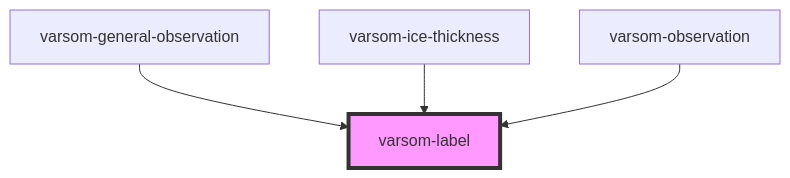
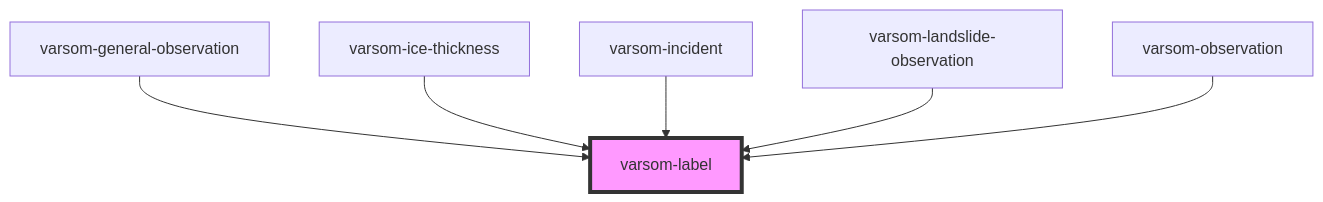
The diagram in observasjonskort/src/components/varsom-label/readme.md (NVE/varsom-observation), drawn with Mermaid before and after one commit. The commit also changed other lines of this file and 7 other files, not shown here.

````diff
--- a/observasjonskort/src/components/varsom-label/readme.md
+++ b/observasjonskort/src/components/varsom-label/readme.md
@@ -24,7 +26,9 @@
 ```mermaid
 graph TD;
   varsom-general-observation --> varsom-label
   varsom-ice-thickness --> varsom-label
+  varsom-incident --> varsom-label
+  varsom-landslide-observation --> varsom-label
   varsom-observation --> varsom-label
   style varsom-label fill:#f9f,stroke:#333,stroke-width:4px
 ```
````
